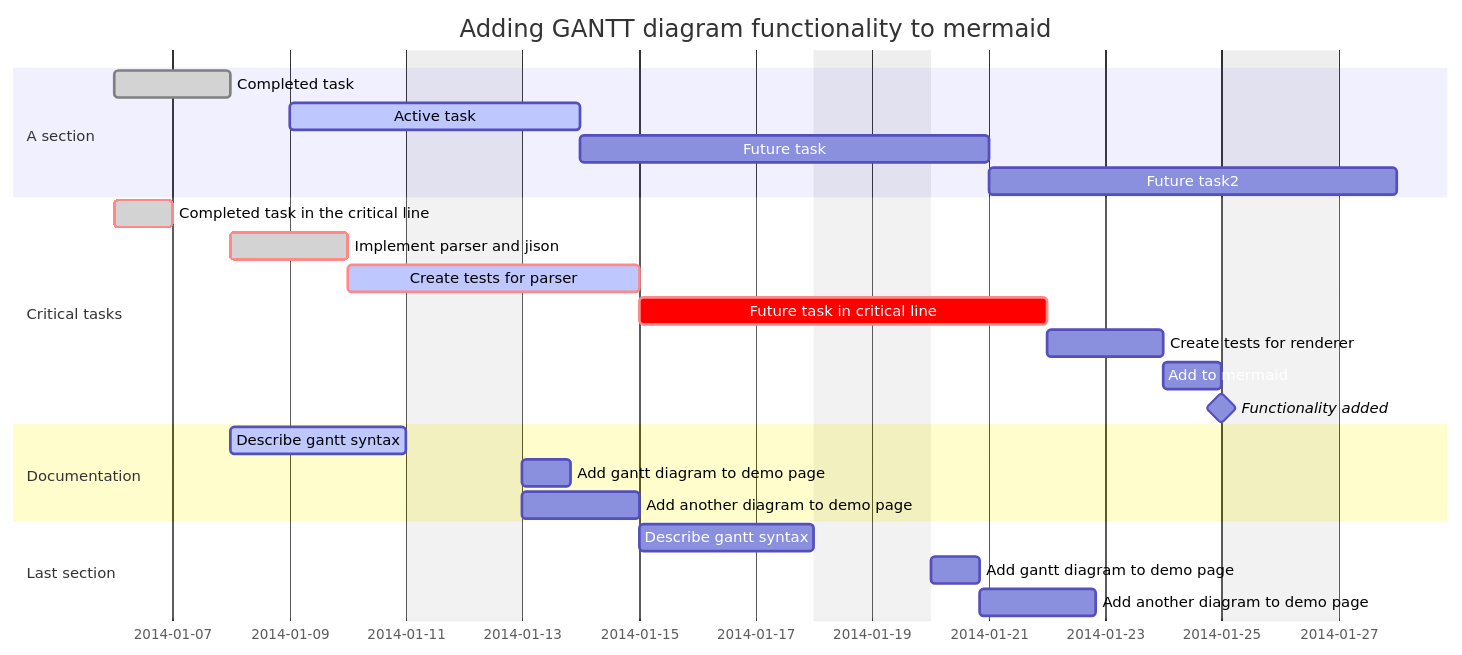
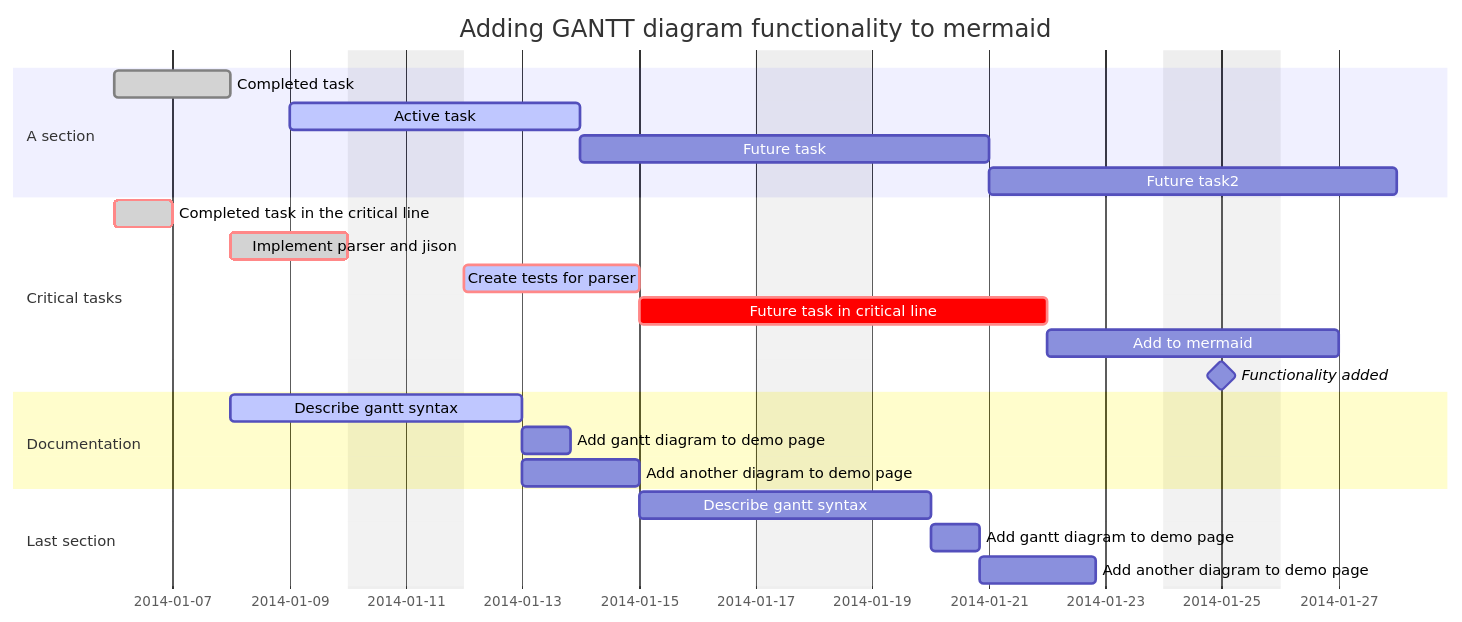
Before and after one commit to ayvi-0001/mermaid-gantt-formatter: the diagram in gantt_chart.mmd, drawn with Mermaid. The commit also changed 2 other files, not shown here.

Commit message:
docs: udpate example diagram/commands

```diff
--- a/gantt_chart.mmd
+++ b/gantt_chart.mmd
@@ -1,30 +1,33 @@
 gantt
     dateFormat  YYYY-MM-DD
   title       Adding GANTT diagram functionality to mermaid
+    %% (`excludes` accepts specific dates in YYYY-MM-DD format, days of the week ("sunday") or "weekends", but not the word "weekdays".)
      excludes    weekends
-    %% (`excludes` accepts specific dates in YYYY-MM-DD format, days of the week ("sunday") or "weekends", but not the word "weekdays".)
-
+%%    Weekend (v\11.0.0+) 
+    weekend friday
+    %% Do first
     section A section
     Completed task :done,    des1, 2014-01-06,2014-01-08
     Active task :active,  des2, 2014-01-09, 3d
     Future task  :         des3, after des2, 5d
     Future task2 :         des4, after des3, 5d
     section Critical tasks
       Completed task in the critical line :crit, done, 2014-01-06,24h
     Implement parser and jison  :crit, done, after des1, 2d
     Create tests for parser  :crit, active, 3d
     Future task in critical line  :crit, 5d
-    Create tests for renderer  :2d
+%%   Create tests for renderer  :2d
    Add to mermaid       :until isadded
     Functionality added :milestone, isadded, 2014-01-25, 0d
 
     section Documentation
     Describe gantt syntax  :active, a1, after des1, 3d
     Add gantt diagram to demo page :after a1  , 20h
     Add another diagram to demo page :doc1, after a1  , 48h
 
 
     section Last section
+   %%Refer to section Documentation
     Describe gantt syntax            :after doc1, 3d
     Add gantt diagram to demo page   :20h
     Add another diagram to demo page :48h
```
